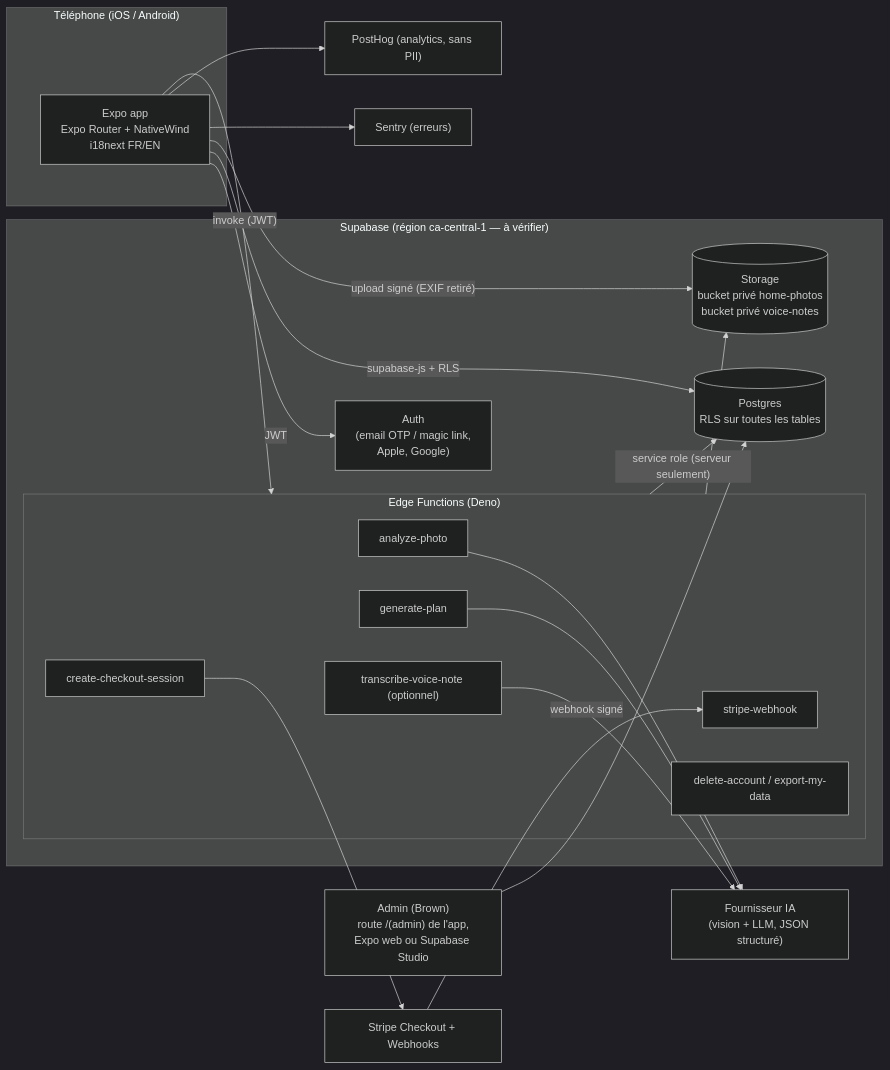
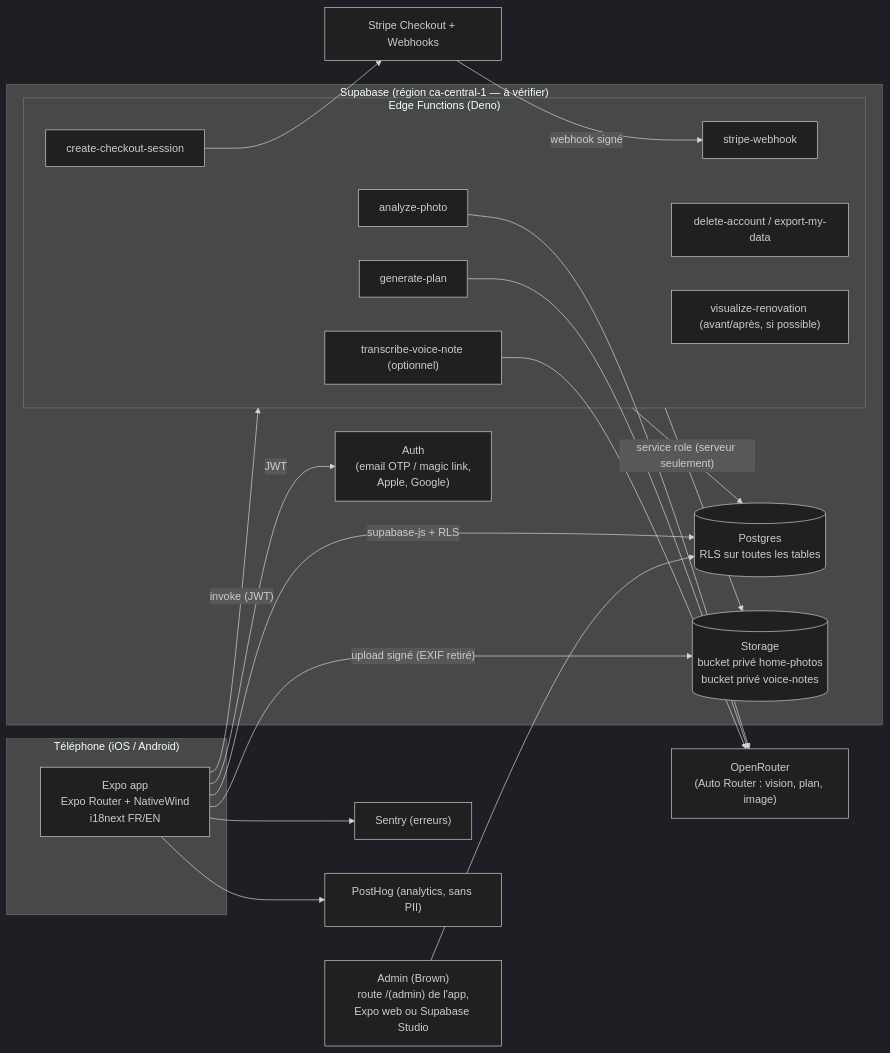
One commit to VernoB/renoroute changed the first of 2 diagrams in docs/01-architecture.md. Above: the diagram before and after it, drawn with Mermaid (dark theme). The commit also changed other lines of this file and 27 other files, not shown here.

Commit message:
feat: let OpenRouter pick the best model for each AI task

````diff
--- a/docs/01-architecture.md
+++ b/docs/01-architecture.md
@@ -14,39 +14,40 @@
 ```mermaid
 flowchart LR
   subgraph Device["Téléphone (iOS / Android)"]
     App["Expo app<br/>Expo Router + NativeWind<br/>i18next FR/EN"]
   end
 
   subgraph Supabase["Supabase (région ca-central-1 — à vérifier)"]
     Auth["Auth<br/>(email OTP / magic link,<br/>Apple, Google)"]
     DB[("Postgres<br/>RLS sur toutes les tables")]
     Storage[("Storage<br/>bucket privé home-photos<br/>bucket privé voice-notes")]
     subgraph EF["Edge Functions (Deno)"]
       F1["analyze-photo"]
       F2["generate-plan"]
       F3["create-checkout-session"]
       F4["stripe-webhook"]
       F5["delete-account / export-my-data"]
       F6["transcribe-voice-note (optionnel)"]
+      F7["visualize-renovation (avant/après, si possible)"]
     end
   end
 
-  AI["Fournisseur IA<br/>(vision + LLM, JSON structuré)"]
+  AI["OpenRouter<br/>(Auto Router : vision, plan, image)"]
   Stripe["Stripe Checkout + Webhooks"]
   Sentry["Sentry (erreurs)"]
   PostHog["PostHog (analytics, sans PII)"]
   Admin["Admin (Brown)<br/>route /(admin) de l'app,<br/>Expo web ou Supabase Studio"]
 
   App -- "JWT" --> Auth
   App -- "supabase-js + RLS" --> DB
   App -- "upload signé (EXIF retiré)" --> Storage
   App -- "invoke (JWT)" --> EF
   EF -- "service role (serveur seulement)" --> DB
   EF --> Storage
   F1 & F2 & F6 --> AI
   F3 --> Stripe
   Stripe -- "webhook signé" --> F4
   App --> Sentry
   App --> PostHog
   Admin --> DB
 ```
````
